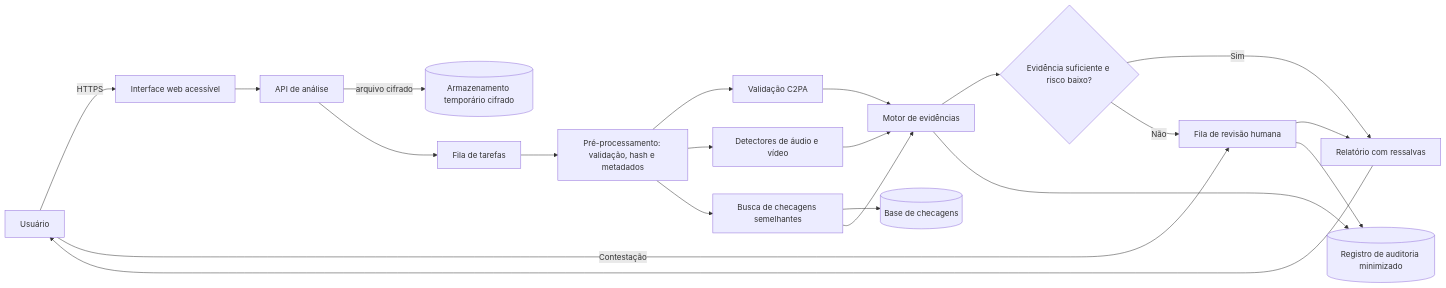
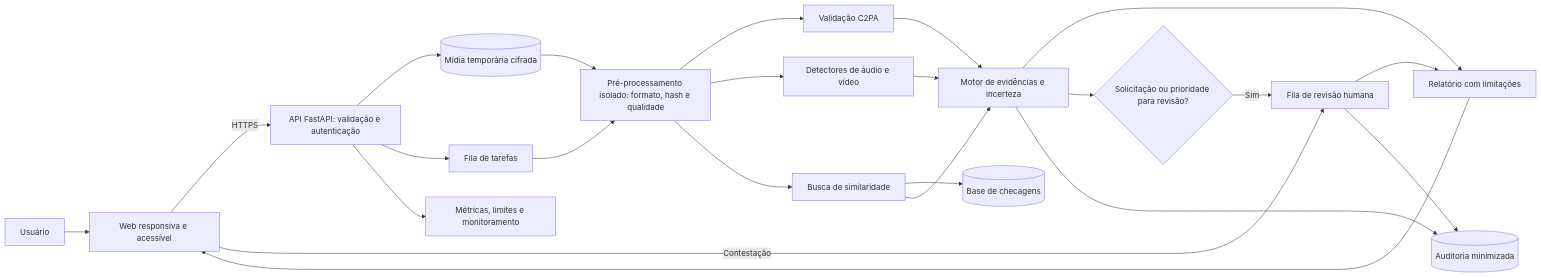
The diagram in README.md (PettersonAguilar/-Deepfakes-e-Proveniencia-Digital-Autenticidade-Rastreabilidade-e-Confiabilidade-do-Conte-do-), drawn with Mermaid before and after one commit. The commit also changed other lines of this file, not shown here.

Commit message:
Formatar o arquivo, além de arrumar alguns detalhes de condigencia das informações

````diff
--- a/README.md
+++ b/README.md
@@ -266,23 +221,25 @@
 ```mermaid
 flowchart LR
-    U["Usuário"] -->|"HTTPS"| W["Interface web acessível"]
-    W --> A["API de análise"]
-    A -->|"arquivo cifrado"| S[("Armazenamento temporário cifrado")]
+    U["Usuário"] --> W["Web responsiva e acessível"]
+    W -->|"HTTPS"| A["API FastAPI: validação e autenticação"]
+    A --> S[("Mídia temporária cifrada")]
     A --> Q["Fila de tarefas"]
-    Q --> P["Pré-processamento: validação, hash e metadados"]
-    P --> D1["Validação C2PA"]
-    P --> D2["Detectores de áudio e vídeo"]
-    P --> D3["Busca de checagens semelhantes"]
-    D3 --> DB[("Base de checagens")]
-    D1 --> E["Motor de evidências"]
-    D2 --> E
-    D3 --> E
-    E --> H{"Evidência suficiente e risco baixo?"}
-    H -->|"Sim"| T["Relatório com ressalvas"]
-    H -->|"Não"| R["Fila de revisão humana"]
+    Q --> P["Pré-processamento isolado: formato, hash e qualidade"]
+    S --> P
+    P --> C["Validação C2PA"]
+    P --> M["Detectores de áudio e vídeo"]
+    P --> B["Busca de similaridade"]
+    B --> DB[("Base de checagens")]
+    C --> E["Motor de evidências e incerteza"]
+    M --> E
+    B --> E
+    E --> T["Relatório com limitações"]
+    E --> H{"Solicitação ou prioridade para revisão?"}
+    H -->|"Sim"| R["Fila de revisão humana"]
     R --> T
-    T --> U
-    U -->|"Contestação"| R
-    E --> L[("Registro de auditoria minimizado")]
+    T --> W
+    W -->|"Contestação"| R
+    E --> L[("Auditoria minimizada")]
     R --> L
+    A --> O["Métricas, limites e monitoramento"]
 ```
````
